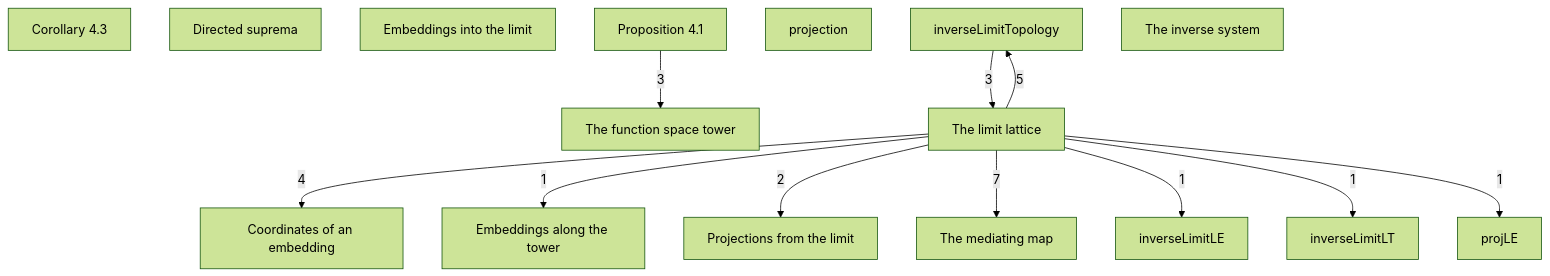
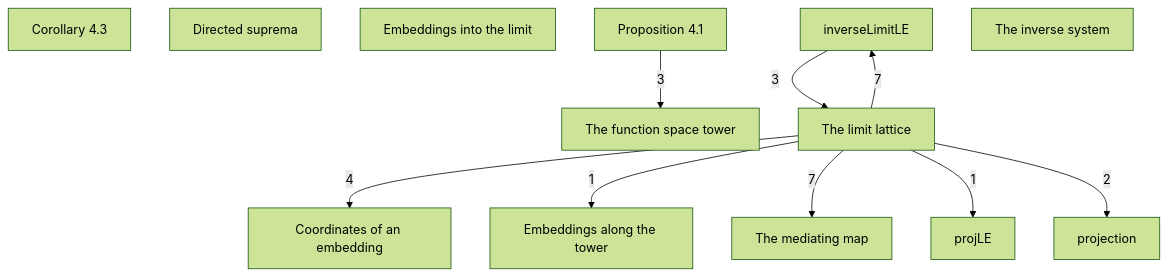
One commit to catskillsresearch/DomainTheory changed the diagram in DomainTheory/ContinuousLattice/InverseLimits/1972_Inverse_limits.mermaid. Above: the diagram before and after it, drawn with Mermaid (forest theme). The commit also changed 13 other files, not shown here.

```diff
--- a/DomainTheory/ContinuousLattice/InverseLimits/1972_Inverse_limits.mermaid
+++ b/DomainTheory/ContinuousLattice/InverseLimits/1972_Inverse_limits.mermaid
@@ -1,34 +1,29 @@
 %% Notes of the inverse-limit construction.
 %% Arrowhead on the importer. The number is a direct-import count.
 %% An arrow already implied by a longer path is omitted.
 flowchart TB
 
   Coordinates_of_an_embedd["Coordinates of an embedding"]
   Corollary_4_3["Corollary 4.3"]
   Directed_suprema["Directed suprema"]
   Embeddings_along_the_tow["Embeddings along the tower"]
   Embeddings_into_the_limi["Embeddings into the limit"]
   inverseLimitLE["inverseLimitLE"]
-  inverseLimitLT["inverseLimitLT"]
-  inverseLimitTopology["inverseLimitTopology"]
   projection["projection"]
-  Projections_from_the_lim["Projections from the limit"]
   projLE["projLE"]
   Proposition_4_1["Proposition 4.1"]
   The_function_space_tower["The function space tower"]
   The_inverse_system["The inverse system"]
   The_limit_lattice["The limit lattice"]
   The_mediating_map["The mediating map"]
 
   The_limit_lattice -->|"4"| Coordinates_of_an_embedd
   The_limit_lattice -->|"1"| Embeddings_along_the_tow
-  The_limit_lattice -->|"2"| Projections_from_the_lim
   Proposition_4_1 -->|"3"| The_function_space_tower
-  inverseLimitTopology -->|"3"| The_limit_lattice
+  inverseLimitLE -->|"3"| The_limit_lattice
   The_limit_lattice -->|"7"| The_mediating_map
-  The_limit_lattice -->|"1"| inverseLimitLE
-  The_limit_lattice -->|"1"| inverseLimitLT
-  The_limit_lattice -->|"5"| inverseLimitTopology
+  The_limit_lattice -->|"7"| inverseLimitLE
   The_limit_lattice -->|"1"| projLE
+  The_limit_lattice -->|"2"| projection
 
   classDef concept fill:#dcfce7,stroke:#15803d,color:#14532d
```
